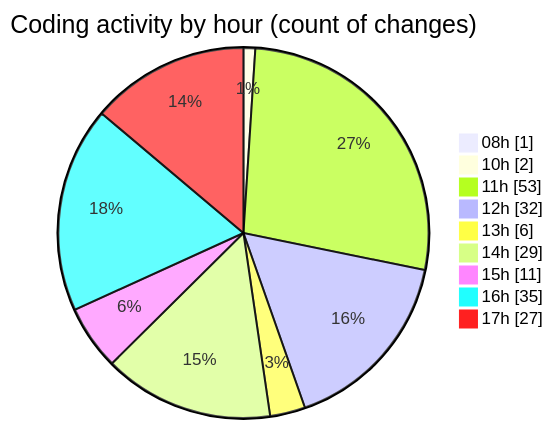
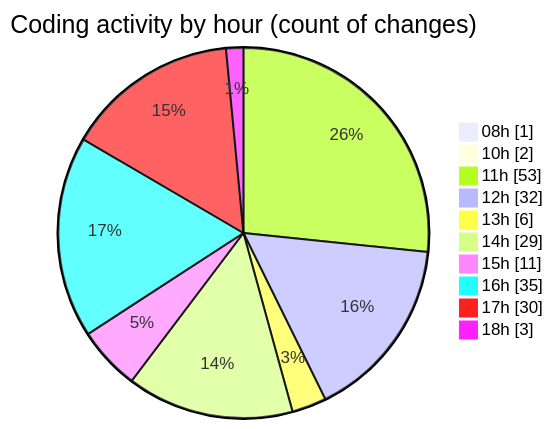
The second of 2 diagrams in 2025-07-03/cda/README.md (momahboobian/code-tracking), drawn with Mermaid before and after one commit. The commit also changed other lines of this file and 1 other file, not shown here.

````diff
--- a/2025-07-03/cda/README.md
+++ b/2025-07-03/cda/README.md
@@ -55,13 +56,14 @@
 ```mermaid
 pie showData
 title Coding activity by hour (count of changes)
 "08h" : 1
 "10h" : 2
 "11h" : 53
 "12h" : 32
 "13h" : 6
 "14h" : 29
 "15h" : 11
 "16h" : 35
-"17h" : 27
+"17h" : 30
+"18h" : 3
 ```
````
